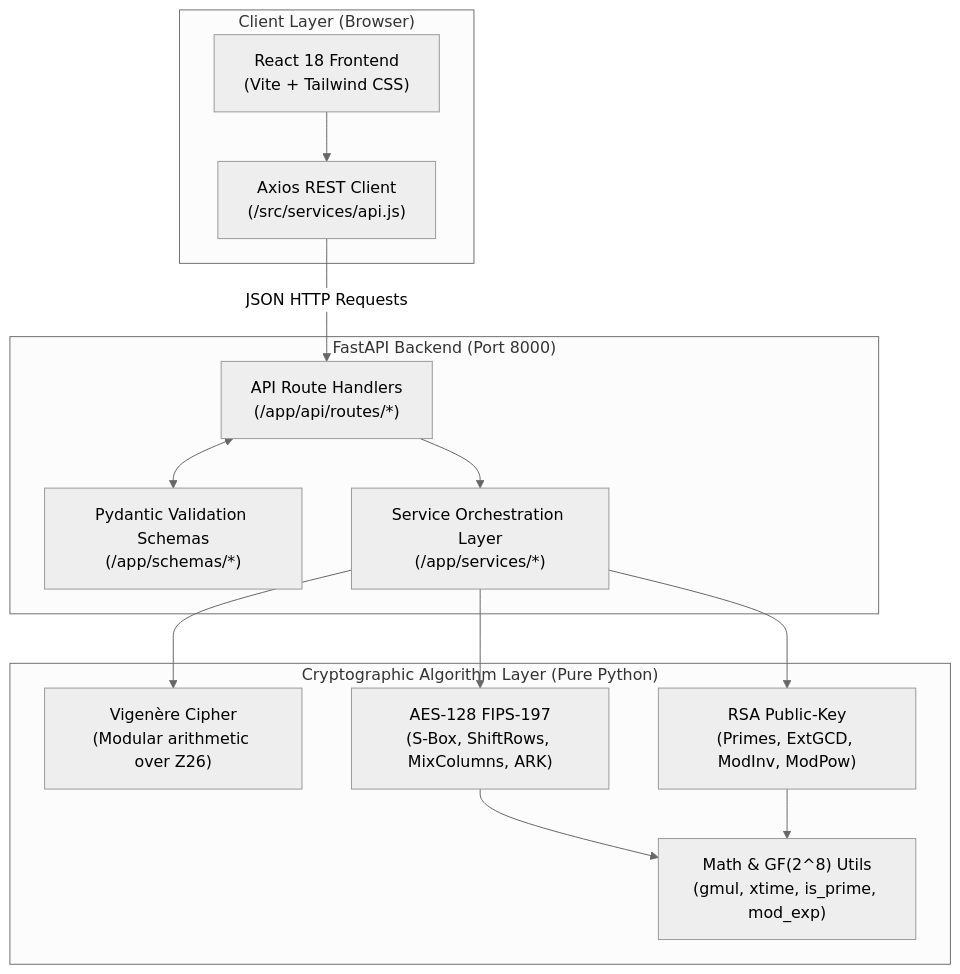
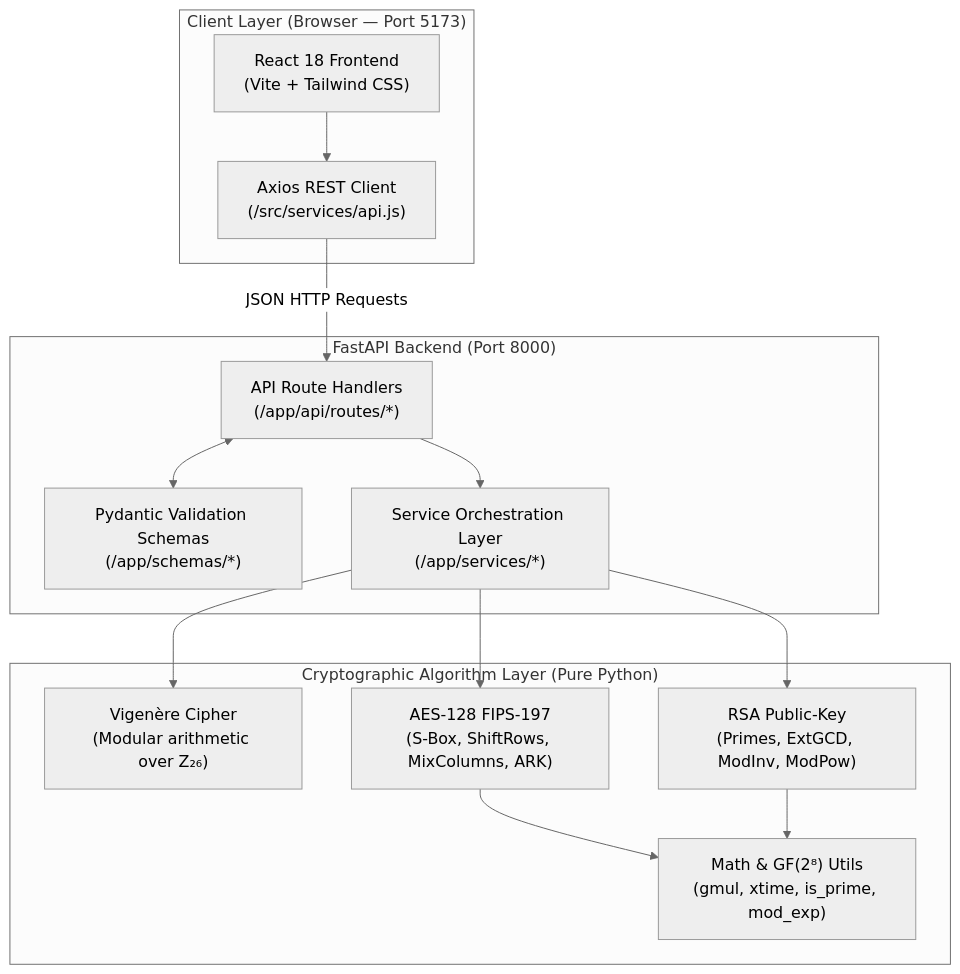
One commit to Kishan-rao/CryptoLab changed the diagram in README.md. Above: the diagram before and after it, drawn with Mermaid (neutral theme). The commit also changed other lines of this file and 1 other file, not shown here.

````diff
--- a/README.md
+++ b/README.md
@@ -47,31 +69,31 @@
 ```mermaid
 flowchart TD
-    subgraph Client ["Client Layer (Browser)"]
+    subgraph Client ["Client Layer (Browser — Port 5173)"]
         UI["React 18 Frontend\n(Vite + Tailwind CSS)"]
         AxiosClient["Axios REST Client\n(/src/services/api.js)"]
         UI --> AxiosClient
     end
 
     subgraph Server ["FastAPI Backend (Port 8000)"]
         Routes["API Route Handlers\n(/app/api/routes/*)"]
         PydanticSchemas["Pydantic Validation Schemas\n(/app/schemas/*)"]
         Services["Service Orchestration Layer\n(/app/services/*)"]
-        
+
         AxiosClient -->|JSON HTTP Requests| Routes
         Routes <--> PydanticSchemas
         Routes --> Services
     end
 
     subgraph PureCrypto ["Cryptographic Algorithm Layer (Pure Python)"]
-        VigAlgo["Vigenère Cipher\n(Modular arithmetic over Z26)"]
+        VigAlgo["Vigenère Cipher\n(Modular arithmetic over Z₂₆)"]
         AESAlgo["AES-128 FIPS-197\n(S-Box, ShiftRows, MixColumns, ARK)"]
         RSAAlgo["RSA Public-Key\n(Primes, ExtGCD, ModInv, ModPow)"]
-        MathUtils["Math & GF(2^8) Utils\n(gmul, xtime, is_prime, mod_exp)"]
-        
+        MathUtils["Math & GF(2⁸) Utils\n(gmul, xtime, is_prime, mod_exp)"]
+
         Services --> VigAlgo
         Services --> AESAlgo
         Services --> RSAAlgo
         AESAlgo --> MathUtils
         RSAAlgo --> MathUtils
     end
 ```
````
